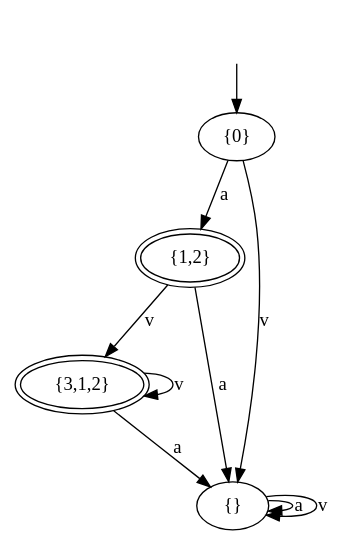
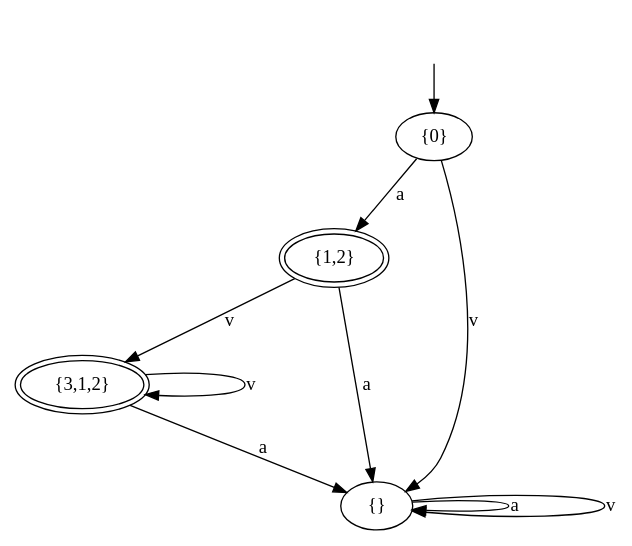
Before and after one commit to manomarichal/talen-en-automaten: the diagram in output/dfa_converted.dot, drawn with Graphviz. The commit also changed 7 other files, not shown here.

```diff
--- a/output/dfa_converted.dot
+++ b/output/dfa_converted.dot
@@ -1,14 +1,16 @@
 digraph {
+nodesep=1;
+overlap=false;
   "{1,2}"[peripheries=2]
   "{3,1,2}"[peripheries=2]
   "{0}"->"{1,2}"[label="a"];
   "{0}"->"{}"[label="v"];
   "{1,2}"->"{}"[label="a"];
   "{1,2}"->"{3,1,2}"[label="v"];
   "{}"->"{}"[label="a"];
   "{}"->"{}"[label="v"];
   "{3,1,2}"->"{}"[label="a"];
   "{3,1,2}"->"{3,1,2}"[label="v"];
   head [style=invis]
   head->"{0}"
 }
```
